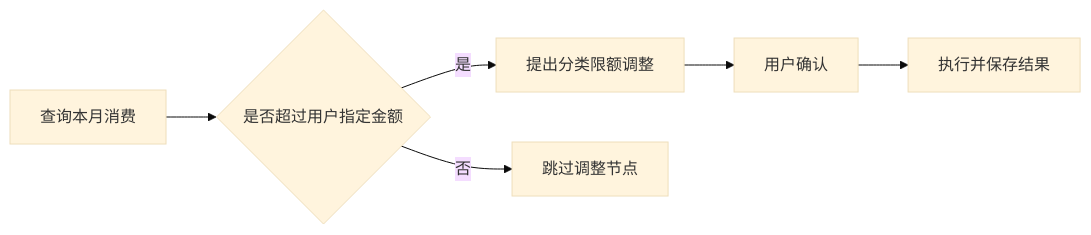
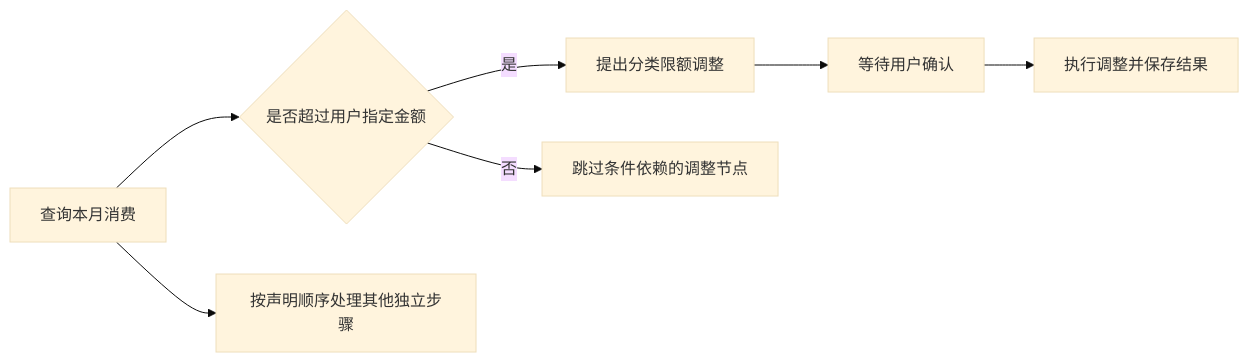
One commit to Zhenyu2Liang/evox-omni changed the third of 3 diagrams in docs/competition/技术文档.md. Above: the diagram before and after it, drawn with Mermaid (base theme). The commit also changed other lines of this file and 1 other file, not shown here.

Commit message:
docs: expand competition architecture and security assessment

````diff
--- a/docs/competition/技术文档.md
+++ b/docs/competition/技术文档.md
@@ -94,8 +166,9 @@
 ```mermaid
 flowchart LR
-    A[查询本月消费] --> B{是否超过用户指定金额}
-    B -->|是| C[提出分类限额调整]
-    C --> D[用户确认]
-    D --> E[执行并保存结果]
-    B -->|否| F[跳过调整节点]
+    A[查询本月消费] --> C{是否超过用户指定金额}
+    C -->|是| P[提出分类限额调整]
+    P --> H[等待用户确认]
+    H --> E[执行调整并保存结果]
+    C -->|否| S[跳过条件依赖的调整节点]
+    A --> N[按声明顺序处理其他独立步骤]
 ```
````
